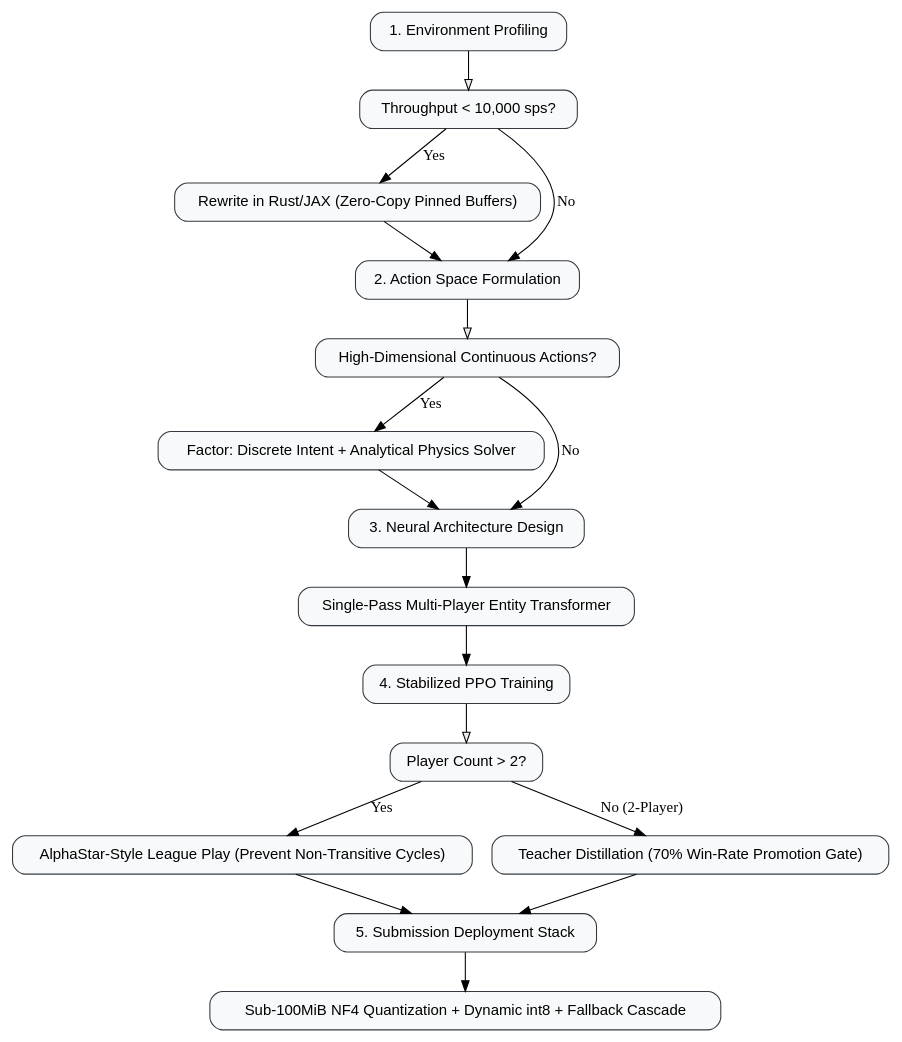
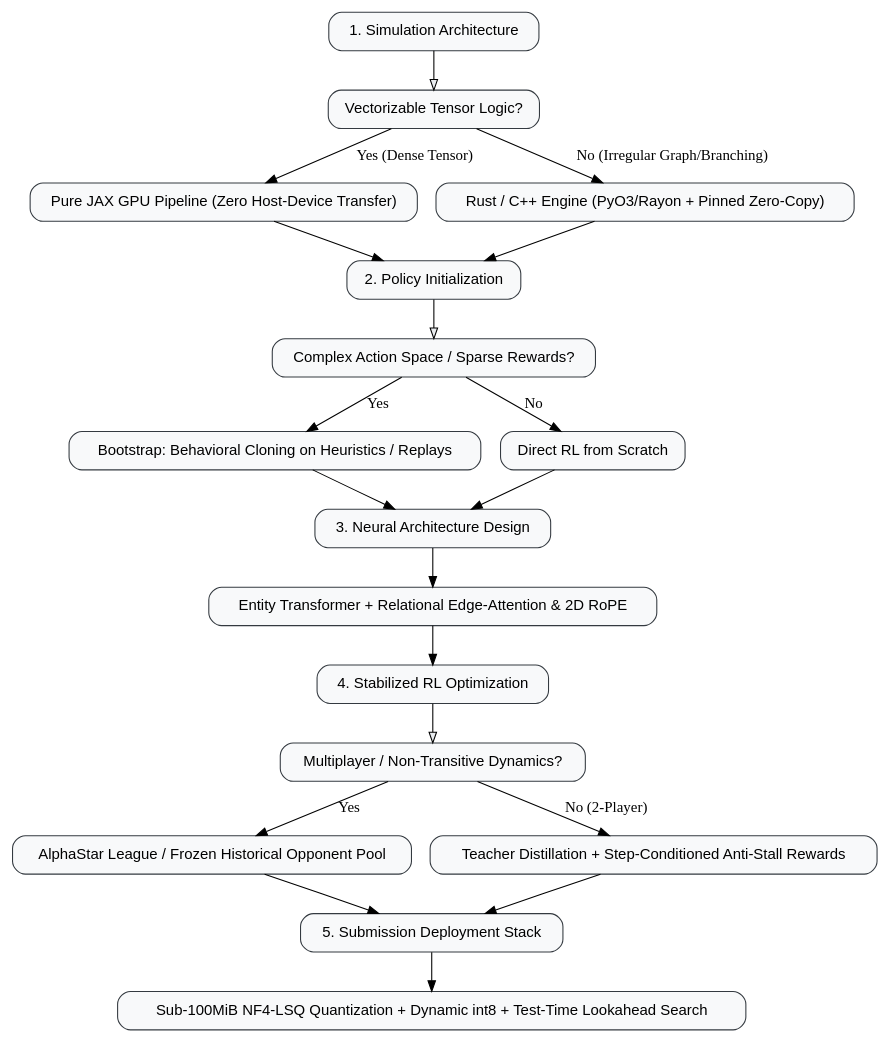
Before and after one commit to kei-kochiya/kaggle-skills: the diagram in .agent/skills/kaggle-rl-simulation/SKILL.md, drawn with Graphviz. The commit also changed other lines of this file and 4 other files, not shown here.

````diff
--- a/.agent/skills/kaggle-rl-simulation/SKILL.md
+++ b/.agent/skills/kaggle-rl-simulation/SKILL.md
@@ -14,27 +14,29 @@
 ```dot
 digraph rl_pipeline {
     rankdir=TD;
     node [shape=box, style="rounded,filled", fillcolor="#f8f9fa", color="#343a40", fontname="Helvetica"];
     
-    "1. Environment Profiling" -> "Throughput < 10,000 sps?" [shape=diamond, fillcolor="#e9ecef"];
-    "Throughput < 10,000 sps?" -> "Rewrite in Rust/JAX (Zero-Copy Pinned Buffers)" [label="Yes"];
-    "Throughput < 10,000 sps?" -> "2. Action Space Formulation" [label="No"];
-    "Rewrite in Rust/JAX (Zero-Copy Pinned Buffers)" -> "2. Action Space Formulation";
+    "1. Simulation Architecture" -> "Vectorizable Tensor Logic?" [shape=diamond, fillcolor="#e9ecef"];
+    "Vectorizable Tensor Logic?" -> "Pure JAX GPU Pipeline (Zero Host-Device Transfer)" [label="Yes (Dense Tensor)"];
+    "Vectorizable Tensor Logic?" -> "Rust / C++ Engine (PyO3/Rayon + Pinned Zero-Copy)" [label="No (Irregular Graph/Branching)"];
+    "Pure JAX GPU Pipeline (Zero Host-Device Transfer)" -> "2. Policy Initialization";
+    "Rust / C++ Engine (PyO3/Rayon + Pinned Zero-Copy)" -> "2. Policy Initialization";
     
-    "2. Action Space Formulation" -> "High-Dimensional Continuous Actions?" [shape=diamond, fillcolor="#e9ecef"];
-    "High-Dimensional Continuous Actions?" -> "Factor: Discrete Intent + Analytical Physics Solver" [label="Yes"];
-    "High-Dimensional Continuous Actions?" -> "3. Neural Architecture Design" [label="No"];
-    "Factor: Discrete Intent + Analytical Physics Solver" -> "3. Neural Architecture Design";
+    "2. Policy Initialization" -> "Complex Action Space / Sparse Rewards?" [shape=diamond, fillcolor="#e9ecef"];
+    "Complex Action Space / Sparse Rewards?" -> "Bootstrap: Behavioral Cloning on Heuristics / Replays" [label="Yes"];
+    "Complex Action Space / Sparse Rewards?" -> "Direct RL from Scratch" [label="No"];
+    "Bootstrap: Behavioral Cloning on Heuristics / Replays" -> "3. Neural Architecture Design";
+    "Direct RL from Scratch" -> "3. Neural Architecture Design";
     
-    "3. Neural Architecture Design" -> "Single-Pass Multi-Player Entity Transformer";
-    "Single-Pass Multi-Player Entity Transformer" -> "4. Stabilized PPO Training";
+    "3. Neural Architecture Design" -> "Entity Transformer + Relational Edge-Attention & 2D RoPE";
+    "Entity Transformer + Relational Edge-Attention & 2D RoPE" -> "4. Stabilized RL Optimization";
     
-    "4. Stabilized PPO Training" -> "Player Count > 2?" [shape=diamond, fillcolor="#e9ecef"];
-    "Player Count > 2?" -> "AlphaStar-Style League Play (Prevent Non-Transitive Cycles)" [label="Yes"];
-    "Player Count > 2?" -> "Teacher Distillation (70% Win-Rate Promotion Gate)" [label="No (2-Player)"];
-    "AlphaStar-Style League Play (Prevent Non-Transitive Cycles)" -> "5. Submission Deployment Stack";
-    "Teacher Distillation (70% Win-Rate Promotion Gate)" -> "5. Submission Deployment Stack";
+    "4. Stabilized RL Optimization" -> "Multiplayer / Non-Transitive Dynamics?" [shape=diamond, fillcolor="#e9ecef"];
+    "Multiplayer / Non-Transitive Dynamics?" -> "AlphaStar League / Frozen Historical Opponent Pool" [label="Yes"];
+    "Multiplayer / Non-Transitive Dynamics?" -> "Teacher Distillation + Step-Conditioned Anti-Stall Rewards" [label="No (2-Player)"];
+    "AlphaStar League / Frozen Historical Opponent Pool" -> "5. Submission Deployment Stack";
+    "Teacher Distillation + Step-Conditioned Anti-Stall Rewards" -> "5. Submission Deployment Stack";
     
-    "5. Submission Deployment Stack" -> "Sub-100MiB NF4 Quantization + Dynamic int8 + Fallback Cascade";
+    "5. Submission Deployment Stack" -> "Sub-100MiB NF4-LSQ Quantization + Dynamic int8 + Test-Time Lookahead Search";
 }
 ```
````
